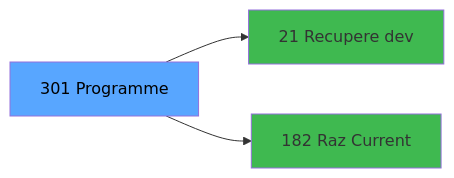
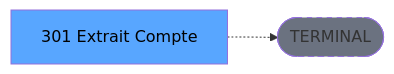
The third of 3 diagrams in .openspec/renders/ADH-IDE-301.md (thonyAGP/lecteur-magic), drawn with Mermaid before and after one commit. The commit also changed other lines of this file and 701 other files, not shown here.

````diff
--- a/.openspec/renders/ADH-IDE-301.md
+++ b/.openspec/renders/ADH-IDE-301.md
@@ -131,11 +137,8 @@
 ```mermaid
 graph LR
-    T[301 Programme]
-    C21[21 Recupere dev]
-    T --> C21
-    C182[182 Raz Current ]
-    T --> C182
+    T[301 Extrait Compte]
+    TERM([TERMINAL])
+    T -.-> TERM
+    style TERM fill:#6b7280,stroke-dasharray: 5 5
     style T fill:#58a6ff,color:#000
-    style C21 fill:#3fb950
-    style C182 fill:#3fb950
 ```
````
